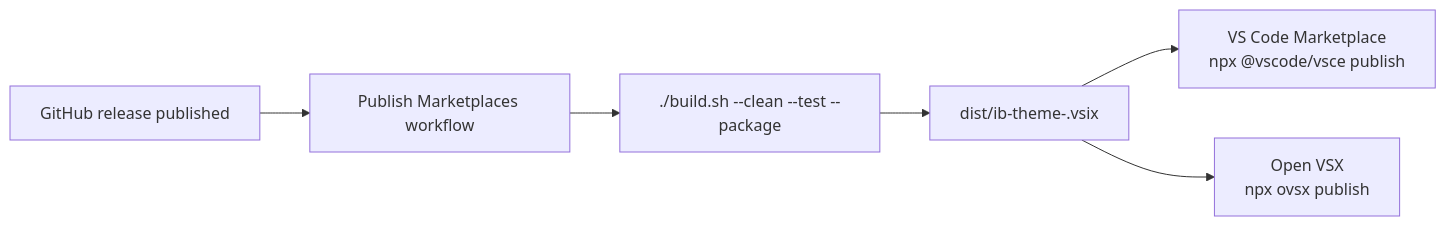
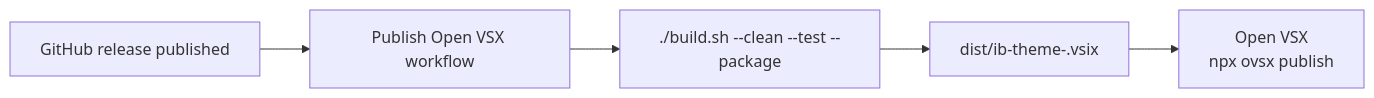
The fifth of 5 diagrams in docs/architecture.md (JohnThre/iB-theme), drawn with Mermaid before and after one commit. The commit also changed other lines of this file and 5 other files, not shown here.

Commit message:
Publish Open VSX from releases

````diff
--- a/docs/architecture.md
+++ b/docs/architecture.md
@@ -74,8 +74,7 @@
 ```mermaid
 flowchart LR
-    release["GitHub release published"] --> action["Publish Marketplaces workflow"]
+    release["GitHub release published"] --> action["Publish Open VSX workflow"]
     action --> build["./build.sh --clean --test --package"]
     build --> vsix["dist/ib-theme-<version>.vsix"]
-    vsix --> marketplace["VS Code Marketplace\nnpx @vscode/vsce publish"]
     vsix --> openvsx["Open VSX\nnpx ovsx publish"]
 ```
````
